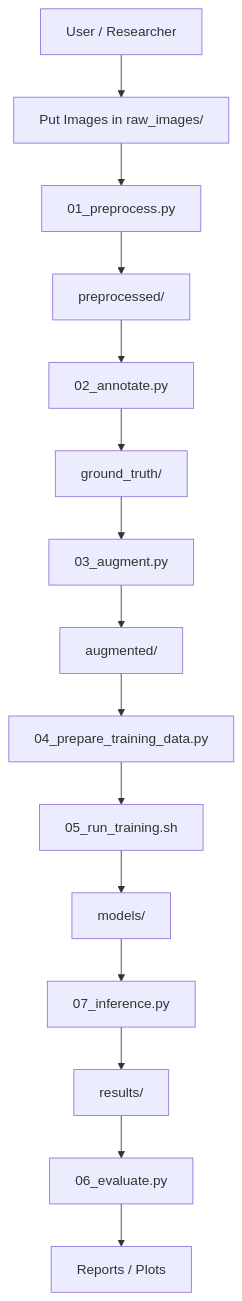
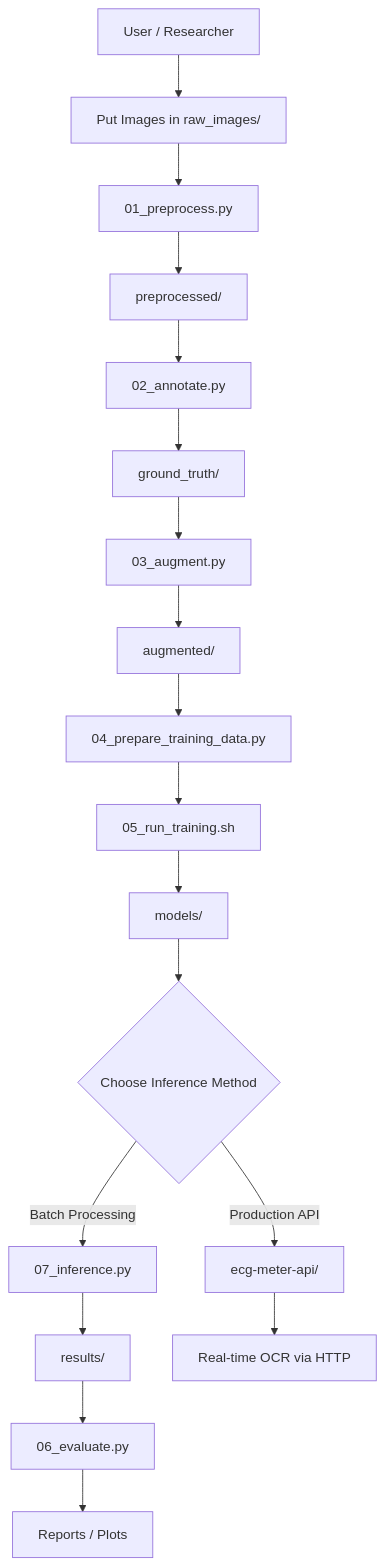
One commit to purplegeminii/ECG_OCR changed the diagram in README.md. Above: the diagram before and after it, drawn with Mermaid. The commit also changed other lines of this file, not shown here.

````diff
--- a/README.md
+++ b/README.md
@@ -213,25 +283,29 @@
 ```mermaid
 flowchart TD
     U[User / Researcher]
 
     U --> A[Put Images in raw_images/]
     A --> B[01_preprocess.py]
     B --> C[preprocessed/]
 
     C --> D[02_annotate.py]
     D --> E[ground_truth/]
 
     E --> F[03_augment.py]
     F --> G[augmented/]
 
     G --> H[04_prepare_training_data.py]
 
     H --> I[05_run_training.sh]
     I --> J[models/]
 
-    J --> K[07_inference.py]
-    K --> L[results/]
+    J --> K{Choose Inference Method}
+    K -->|Batch Processing| L[07_inference.py]
+    K -->|Production API| M[ecg-meter-api/]
+    
+    L --> N[results/]
+    M --> O[Real-time OCR via HTTP]
 
-    L --> M[06_evaluate.py]
-    M --> N[Reports / Plots]
+    N --> P[06_evaluate.py]
+    P --> Q[Reports / Plots]
 ```
````
